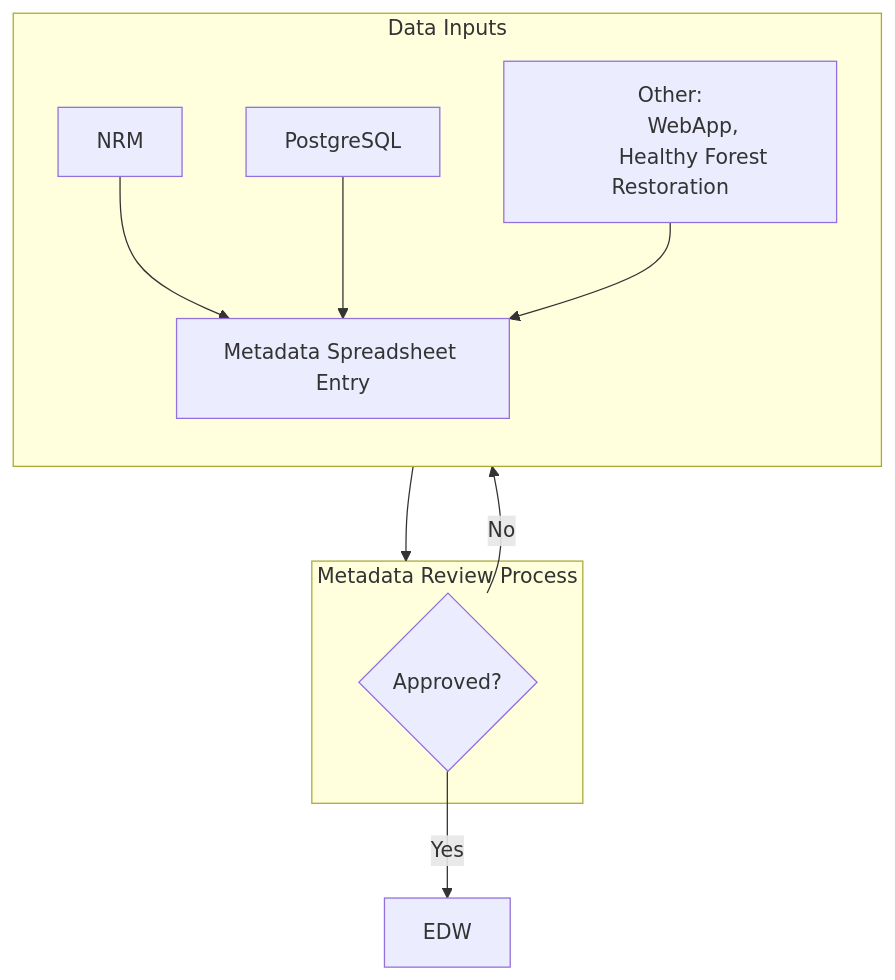
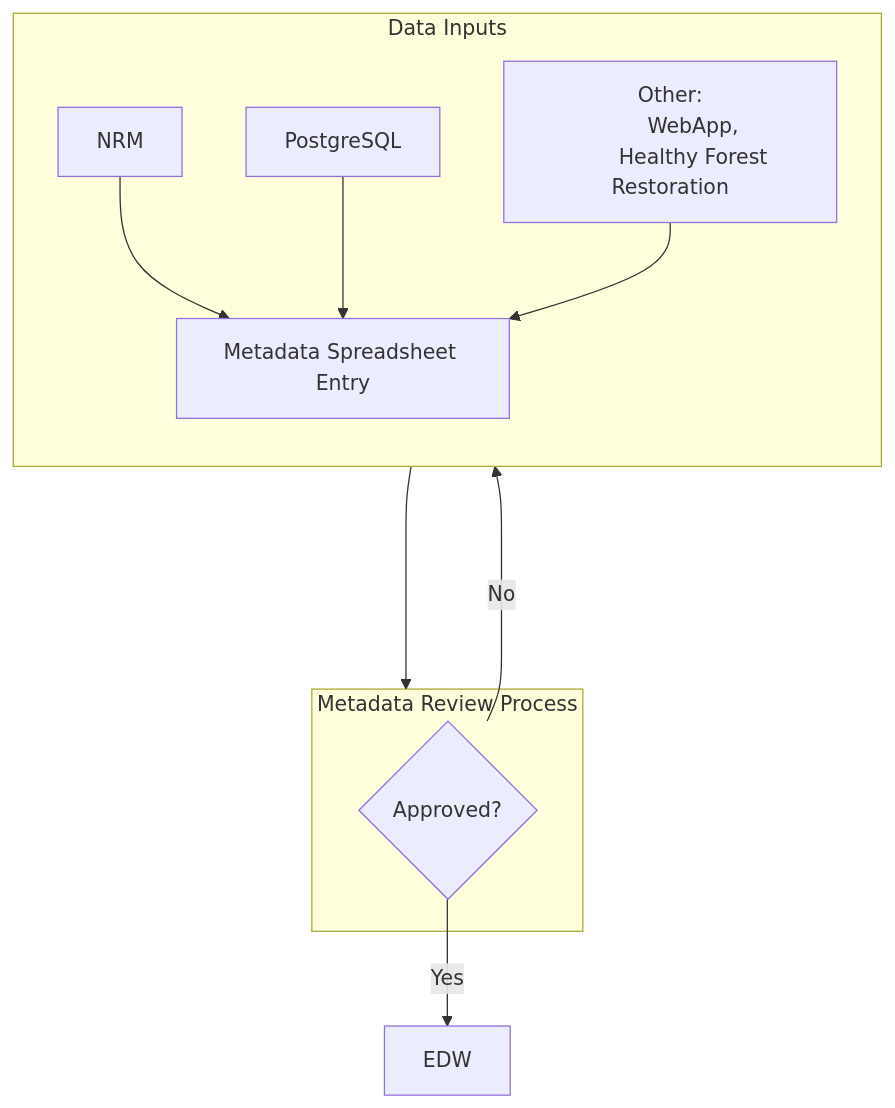
The diagram in docs/metadata-architecture.md (forestbytes/catalog), drawn with Mermaid before and after one commit.

Commit message:
Basic architecture

````diff
--- a/docs/metadata-architecture.md
+++ b/docs/metadata-architecture.md
@@ -1,24 +1,23 @@
 ```mermaid
 
 flowchart TB
   subgraph DataInputs[Data Inputs]
       direction TB
       NRM --> MetadataSpreadsheetEntry[Metadata Spreadsheet Entry]
       PostgreSQL --> MetadataSpreadsheetEntry
       Other[
         Other:
         WebApp, 
         Healthy Forest Restoration
       ] --> MetadataSpreadsheetEntry
       MetadataSpreadsheetEntry
   end
 
   subgraph Review[Metadata Review Process]
-    ReviewDecision@{shape: diamond, label: "Approved?"}
+    ReviewDecision{Approved?}
   end
   
   ReviewDecision --> |Yes| EDW
-  ReviewDecision --> |No| DataInputs
-  
+  ReviewDecision ----> |No| DataInputs
   MetadataSpreadsheetEntry --> Review
 ```
````
